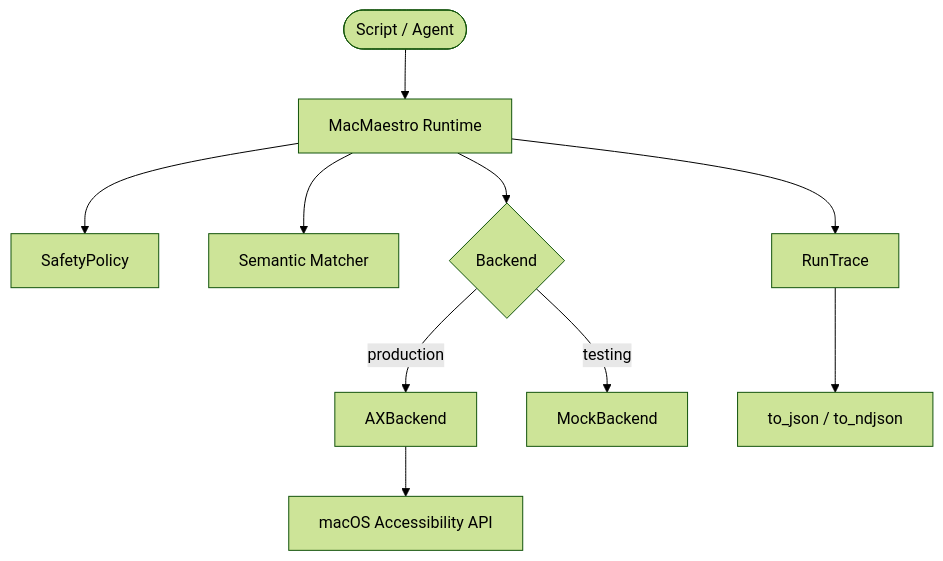
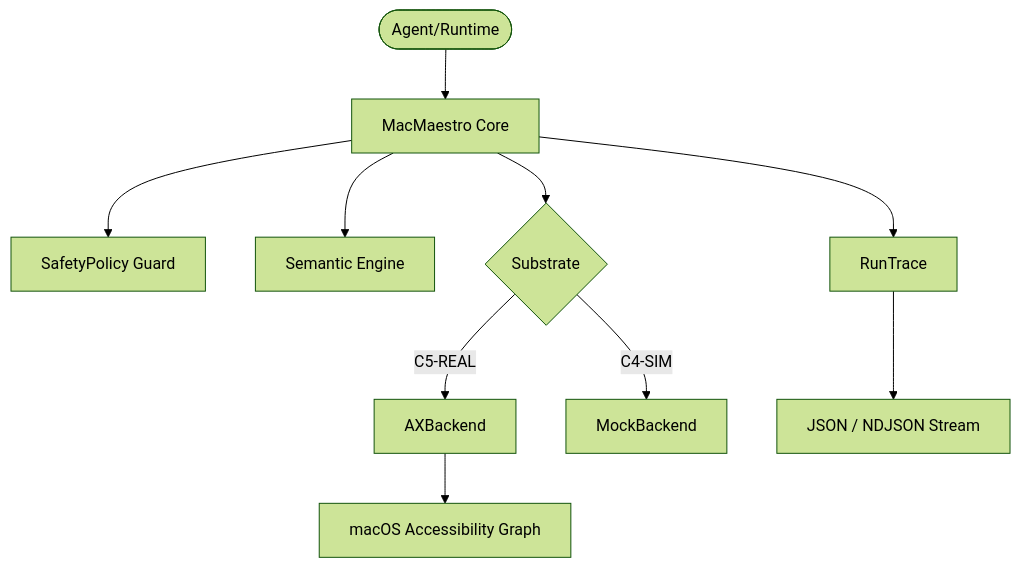
One commit to borjamoskv/mac-maestro changed the diagram in README.md. Above: the diagram before and after it, drawn with Mermaid (forest theme). The commit also changed other lines of this file and 3 other files, not shown here.

Commit message:
docs: refactor core documentation and add 25 C5-REAL semantic automation examples in Basque

````diff
--- a/README.md
+++ b/README.md
@@ -114,12 +99,12 @@
 ```mermaid
 graph TD
-    User([Script / Agent]) --> Runtime[MacMaestro Runtime]
-    Runtime --> Safety[SafetyPolicy]
-    Runtime --> Matcher[Semantic Matcher]
-    Runtime --> Backend{Backend}
-    Backend -->|production| AX[AXBackend]
-    Backend -->|testing| Mock[MockBackend]
-    AX --> macOS[macOS Accessibility API]
+    User([Agent/Runtime]) --> Runtime[MacMaestro Core]
+    Runtime --> Safety[SafetyPolicy Guard]
+    Runtime --> Matcher[Semantic Engine]
+    Runtime --> Backend{Substrate}
+    Backend -->|C5-REAL| AX[AXBackend]
+    Backend -->|C4-SIM| Mock[MockBackend]
+    AX --> macOS[macOS Accessibility Graph]
     Runtime --> Trace[RunTrace]
-    Trace --> JSON[to_json / to_ndjson]
+    Trace --> JSON[JSON / NDJSON Stream]
 ```
````
